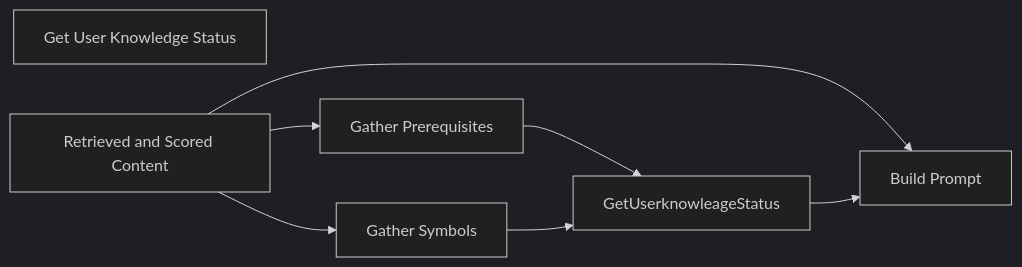
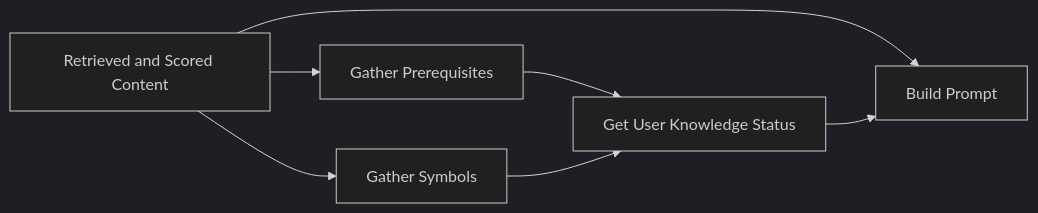
One commit to behroozbc/phd-interview changed the sixth of 6 diagrams in pages/master-thesis.md. Above: the diagram before and after it, drawn with Mermaid (dark theme). The commit also changed other lines of this file and 2 other files, not shown here.

````diff
--- a/pages/master-thesis.md
+++ b/pages/master-thesis.md
@@ -151,14 +158,14 @@
 ```mermaid
 flowchart LR
 BuildPrompt["Build Prompt"]
 GetUserKnowledgeStatus["Get User Knowledge Status"]
 RetrievedScored["Retrieved and Scored Content"]
 GatherPrerequisites["Gather Prerequisites"]
 GatherSymbols["Gather Symbols"]
 RetrievedScored-->BuildPrompt
 RetrievedScored-->GatherSymbols
 RetrievedScored-->GatherPrerequisites
-GetUserknowleageStatus-->BuildPrompt
-GatherPrerequisites-->GetUserknowleageStatus
-GatherSymbols-->GetUserknowleageStatus
+GetUserKnowledgeStatus-->BuildPrompt
+GatherPrerequisites-->GetUserKnowledgeStatus
+GatherSymbols-->GetUserKnowledgeStatus
 ```
````
